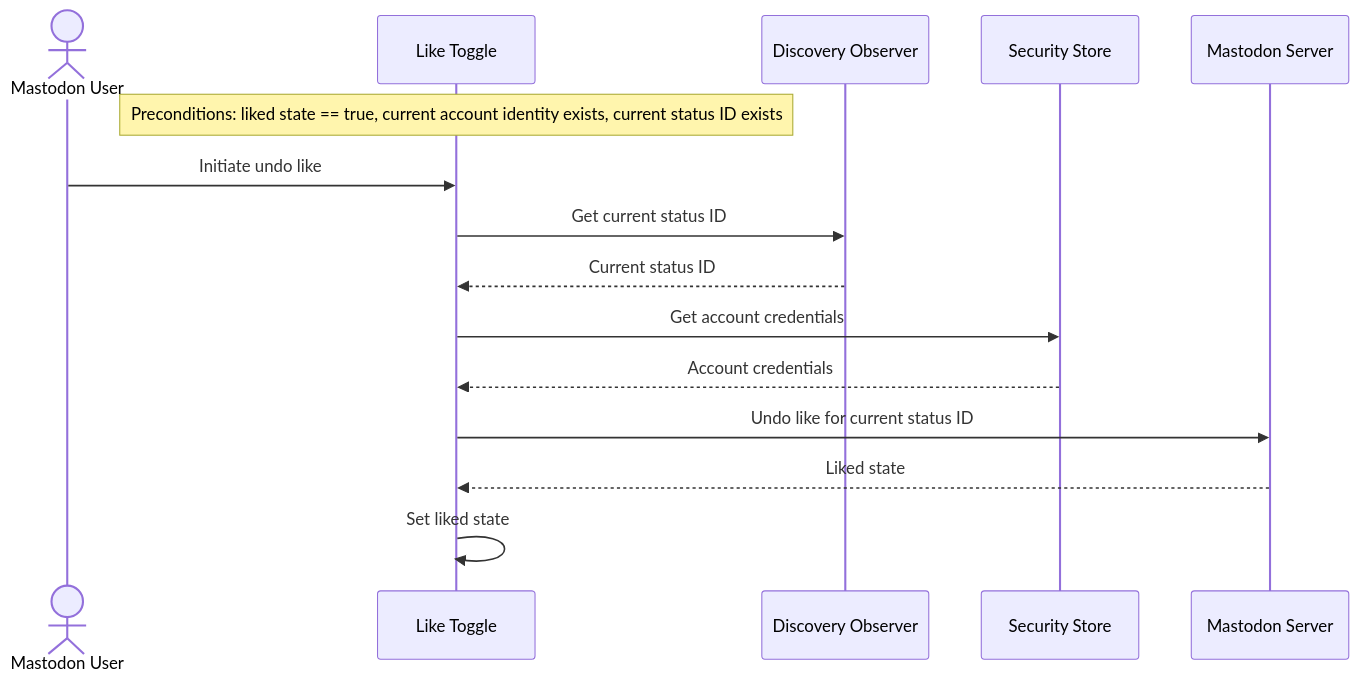
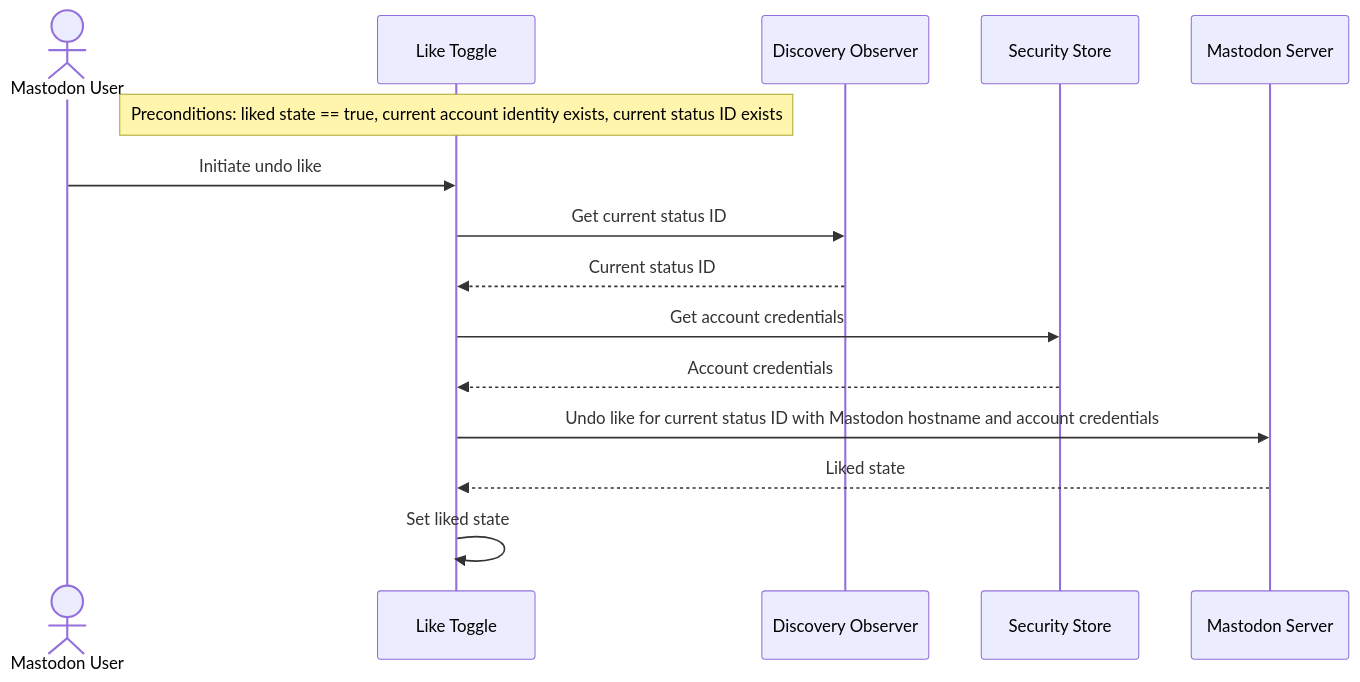
One commit to social-web-foundation/activitypub-browser-extension changed the fifth of 6 diagrams in docs/architecture/process.md. Above: the diagram before and after it, drawn with Mermaid. The commit also changed other lines of this file and 3 other files, not shown here.

````diff
--- a/docs/architecture/process.md
+++ b/docs/architecture/process.md
@@ -246,18 +246,18 @@
 ```mermaid
 sequenceDiagram
     actor User as Mastodon User
     participant Toggle as Like Toggle
     participant Observer as Discovery Observer
     participant Security as Security Store
     participant Mastodon as Mastodon Server
 
     Note over Toggle: Preconditions: liked state == true, current account identity exists, current status ID exists
     User->>Toggle: Initiate undo like
     Toggle->>Observer: Get current status ID
     Observer-->>Toggle: Current status ID
     Toggle->>Security: Get account credentials
     Security-->>Toggle: Account credentials
-    Toggle->>Mastodon: Undo like for current status ID
+    Toggle->>Mastodon: Undo like for current status ID with Mastodon hostname and account credentials
     Mastodon-->>Toggle: Liked state
     Toggle->>Toggle: Set liked state
 ```
````
